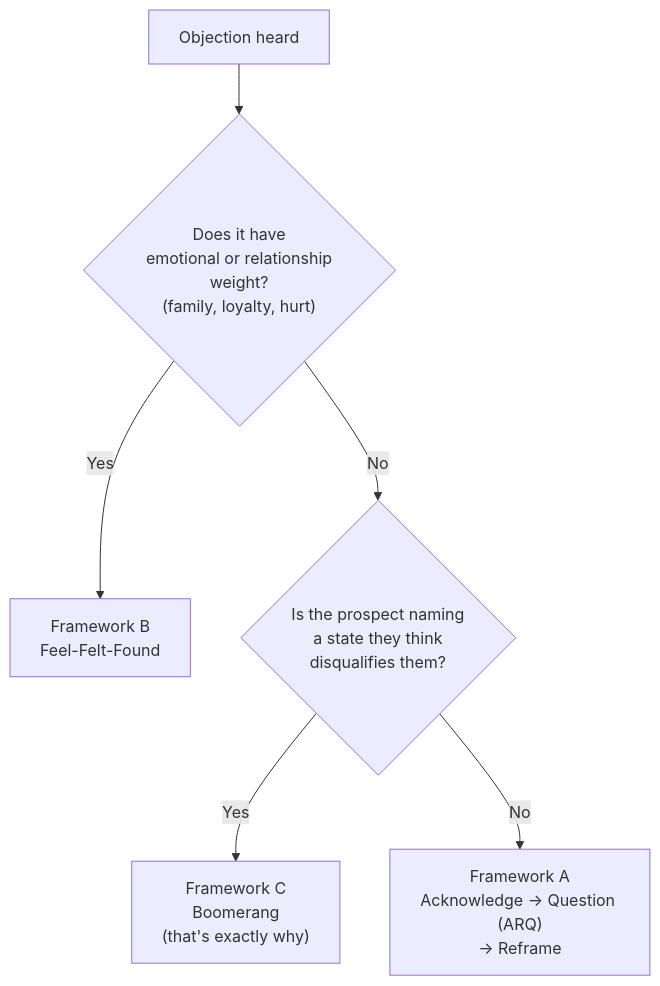
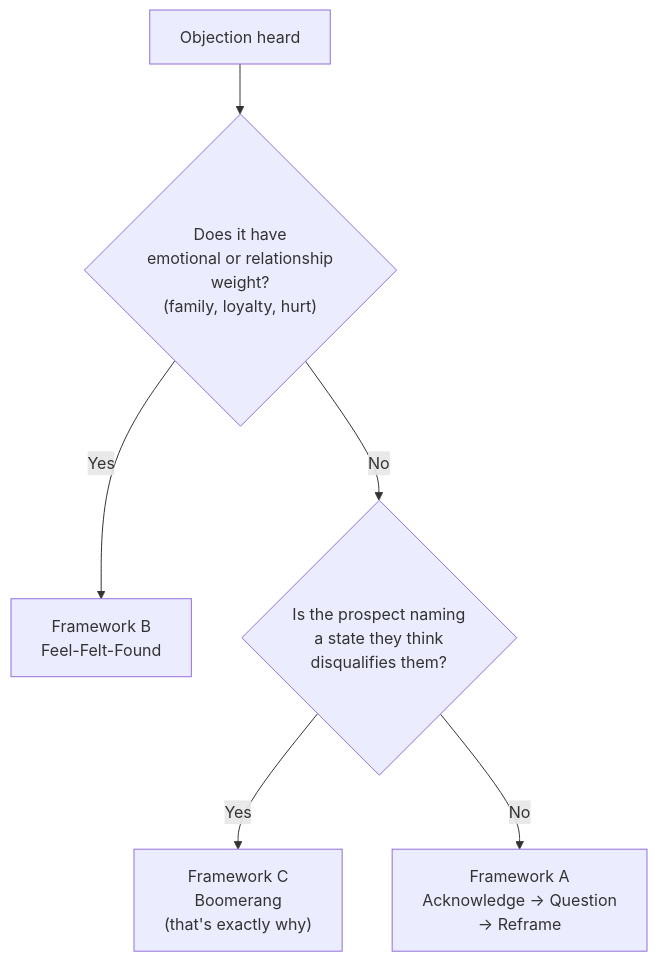
The first of 2 diagrams in docs/first-60-days/week-8/day-44.md (leotansingapore/aia-product-compass-hub), drawn with Mermaid before and after one commit. The commit also changed other lines of this file and 22 other files, not shown here.

Commit message:
Scrub competitor bootcamp brand names (IBCT/SAPT/ARQ) from curriculum notes — replace with neutral framework names (right-question, 8-Step Recovery, 3 Cs of Communication, etc.)

````diff
--- a/docs/first-60-days/week-8/day-44.md
+++ b/docs/first-60-days/week-8/day-44.md
@@ -154,8 +154,8 @@
 ```mermaid
 flowchart TD
     A["Objection heard"] --> B{"Does it have<br/>emotional or relationship<br/>weight?<br/>(family, loyalty, hurt)"}
     B -- "Yes" --> C["Framework B<br/>Feel-Felt-Found"]
     B -- "No" --> D{"Is the prospect naming<br/>a state they think<br/>disqualifies them?"}
     D -- "Yes" --> E["Framework C<br/>Boomerang<br/>(that's exactly why)"]
-    D -- "No" --> F["Framework A<br/>Acknowledge -> Question (ARQ)<br/>-> Reframe"]
+    D -- "No" --> F["Framework A<br/>Acknowledge -> Question <br/>-> Reframe"]
 ```
````
